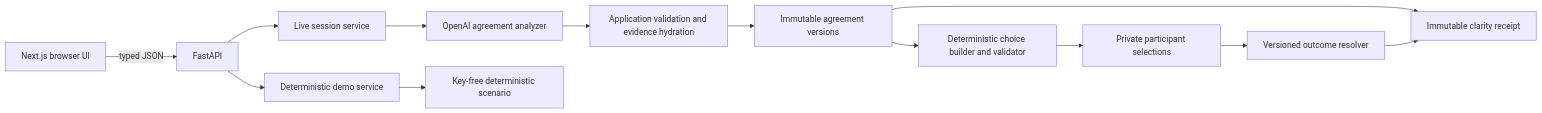
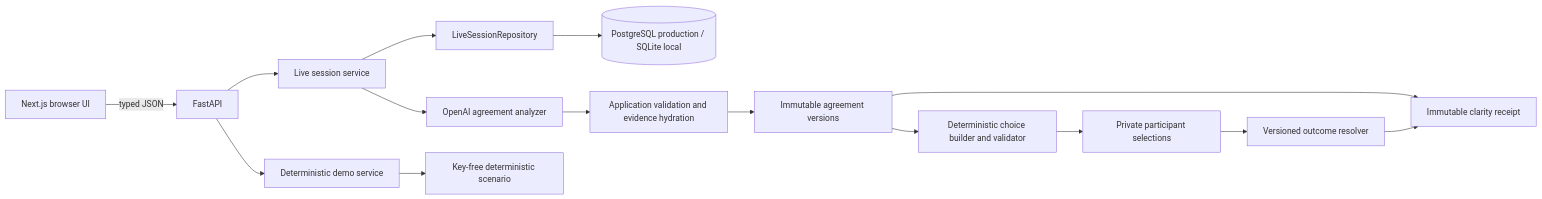
One commit to SarangMarkandey/meaning-sync changed the first of 2 diagrams in docs/architecture.md. Above: the diagram before and after it, drawn with Mermaid. The commit also changed other lines of this file and 29 other files, not shown here.

````diff
--- a/docs/architecture.md
+++ b/docs/architecture.md
@@ -5,15 +5,17 @@
 ```mermaid
 flowchart LR
   Browser[Next.js browser UI] -->|typed JSON| API[FastAPI]
   API --> Live[Live session service]
+  Live --> Repo[LiveSessionRepository]
+  Repo --> SQL[(PostgreSQL production / SQLite local)]
   API --> Demo[Deterministic demo service]
   Live --> Analyzer[OpenAI agreement analyzer]
   Analyzer --> Validate[Application validation and evidence hydration]
   Validate --> Versions[Immutable agreement versions]
   Versions --> Questions[Deterministic choice builder and validator]
   Questions --> Selections[Private participant selections]
   Selections --> Outcomes[Versioned outcome resolver]
   Versions --> Receipt[Immutable clarity receipt]
   Outcomes --> Receipt
   Demo --> Fixture[Key-free deterministic scenario]
 ```
````
